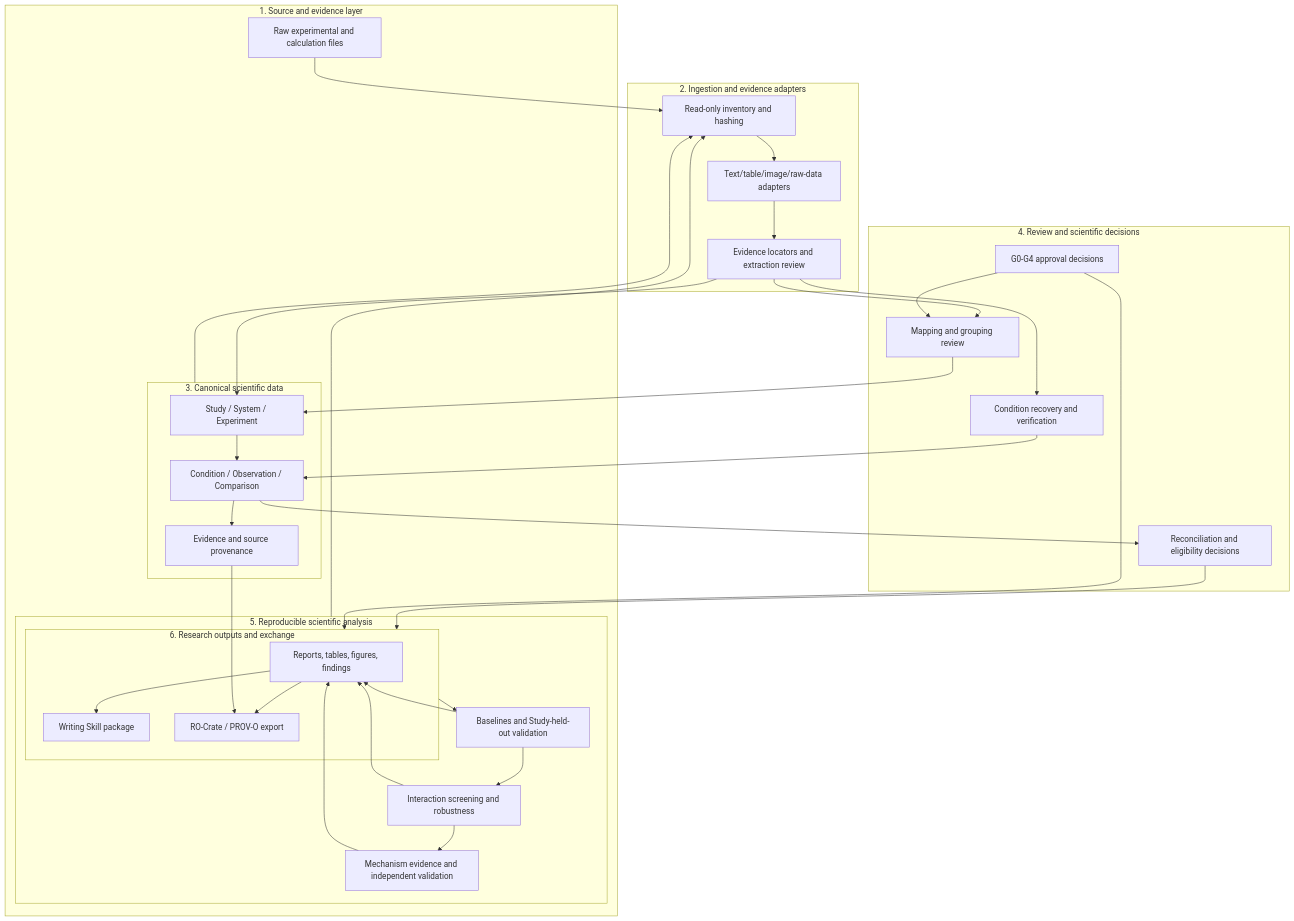
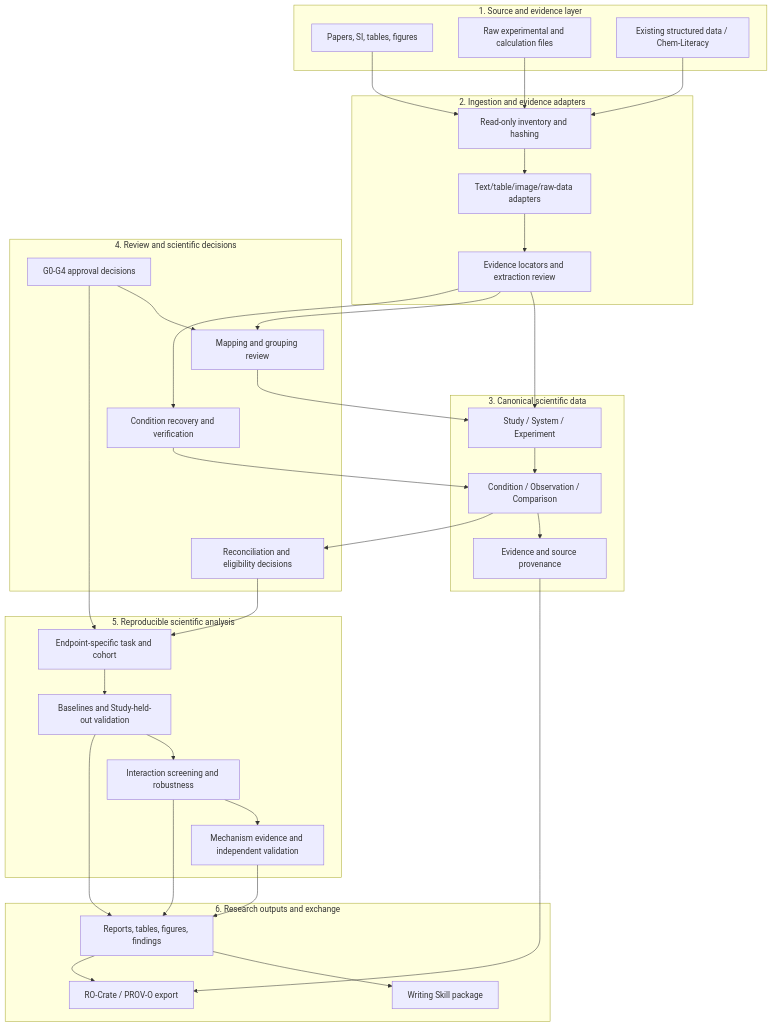
One commit to Tuzhidingdong/Datafication-of-Reproducibility changed the diagram in docs/TARGET_ARCHITECTURE.md. Above: the diagram before and after it, drawn with Mermaid.

Commit message:
docs: clarify architecture diagram subgraph identifiers

````diff
--- a/docs/TARGET_ARCHITECTURE.md
+++ b/docs/TARGET_ARCHITECTURE.md
@@ -38,60 +38,60 @@
 ```mermaid
 flowchart TD
-  subgraph S["1. Source and evidence layer"]
+  subgraph SRC["1. Source and evidence layer"]
     A["Papers, SI, tables, figures"]
     B["Raw experimental and calculation files"]
     C["Existing structured data / Chem-Literacy"]
   end
-  subgraph I["2. Ingestion and evidence adapters"]
+  subgraph INGEST["2. Ingestion and evidence adapters"]
     D["Read-only inventory and hashing"]
     E["Text/table/image/raw-data adapters"]
     F["Evidence locators and extraction review"]
   end
-  subgraph C["3. Canonical scientific data"]
+  subgraph CANON["3. Canonical scientific data"]
     G["Study / System / Experiment"]
     H["Condition / Observation / Comparison"]
     J["Evidence and source provenance"]
   end
-  subgraph R["4. Review and scientific decisions"]
+  subgraph REVIEW["4. Review and scientific decisions"]
     K["Mapping and grouping review"]
     L["Condition recovery and verification"]
     M["Reconciliation and eligibility decisions"]
     N["G0-G4 approval decisions"]
   end
-  subgraph A["5. Reproducible scientific analysis"]
+  subgraph ANALYSIS["5. Reproducible scientific analysis"]
     O["Endpoint-specific task and cohort"]
     P["Baselines and Study-held-out validation"]
     Q["Interaction screening and robustness"]
     T["Mechanism evidence and independent validation"]
   end
-  subgraph O["6. Research outputs and exchange"]
+  subgraph OUTPUT["6. Research outputs and exchange"]
     U["Reports, tables, figures, findings"]
     V["Writing Skill package"]
     W["RO-Crate / PROV-O export"]
   end
   A --> D
   B --> D
   C --> D
   D --> E
   E --> F
   F --> G
   G --> H
   H --> J
   F --> K
   K --> G
   F --> L
   L --> H
   H --> M
   M --> O
   N --> K
   N --> O
   O --> P
   P --> Q
   Q --> T
   P --> U
   Q --> U
   T --> U
   U --> V
   U --> W
   J --> W
 ```
````
